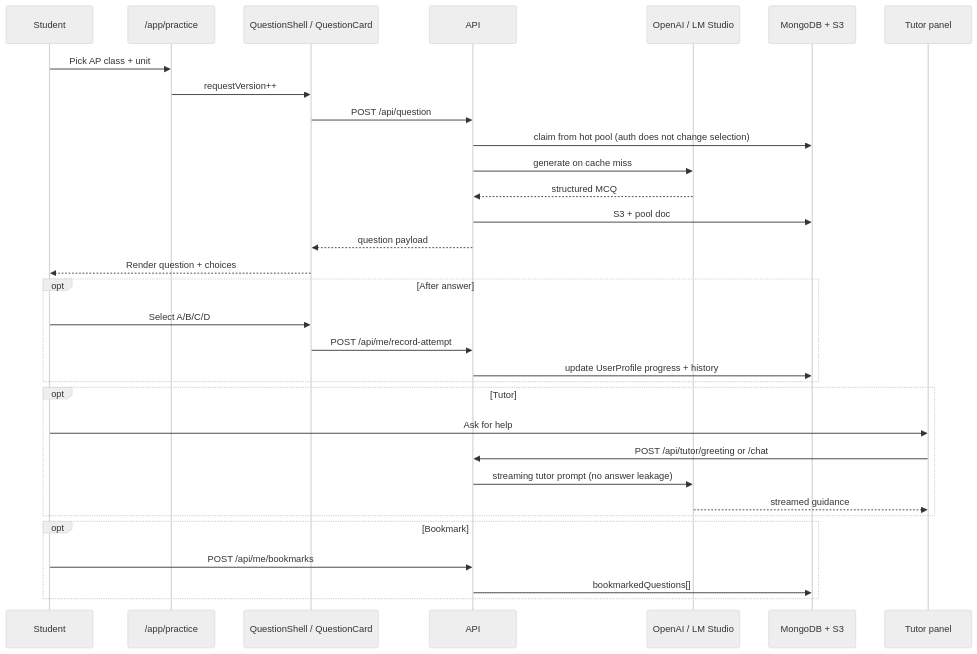
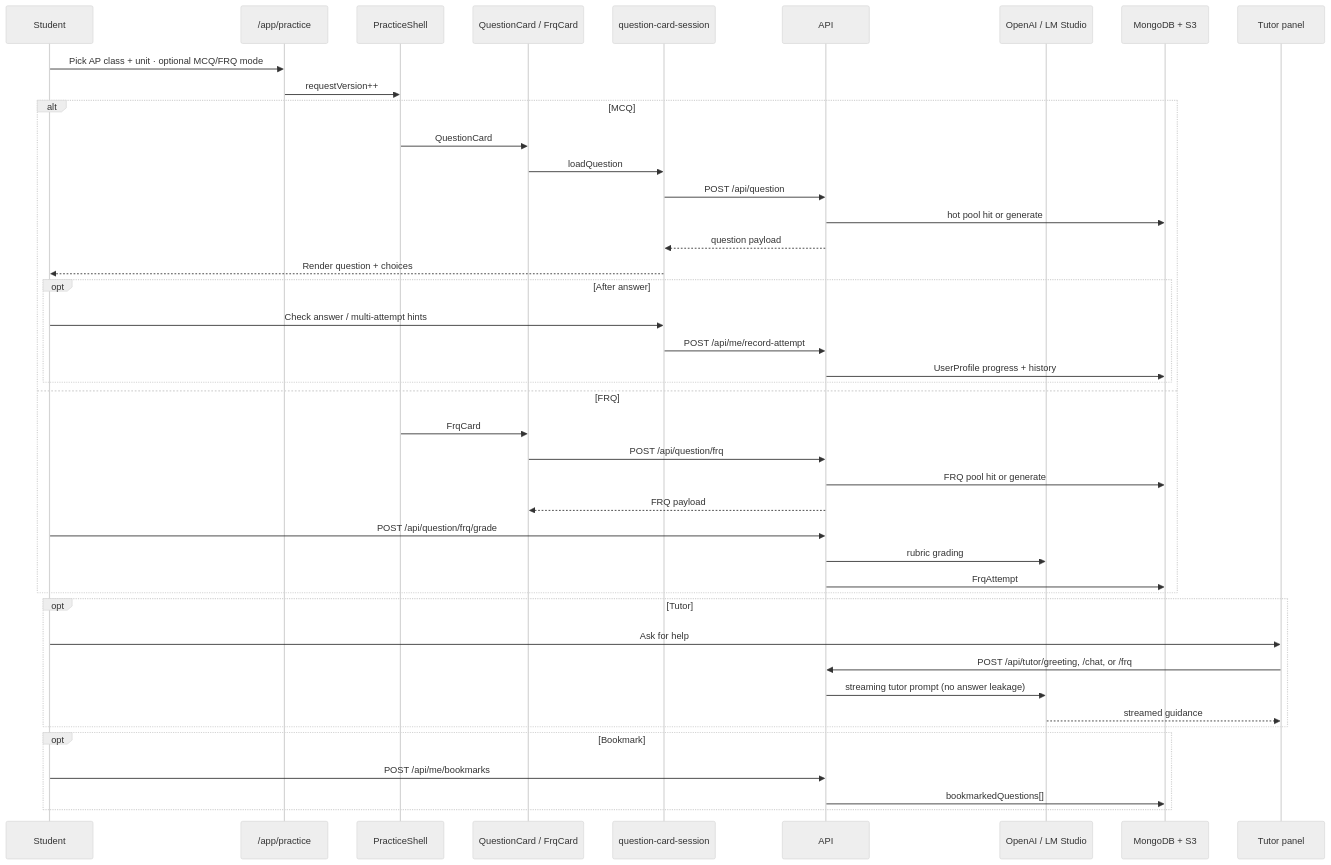
The sixth of 7 diagrams in docs/architecture.md (5cisummai/freeappractice), drawn with Mermaid (neutral theme) before and after one commit. The commit also changed other lines of this file, not shown here.

Commit message:
Update architecture docs for FRQ, PracticeShell, and lib cleanup.

````diff
--- a/docs/architecture.md
+++ b/docs/architecture.md
@@ -223,38 +248,48 @@
 ```mermaid
 sequenceDiagram
     participant U as Student
     participant App as /app/practice
-    participant QS as QuestionShell / QuestionCard
+    participant PS as PracticeShell
+    participant Card as QuestionCard / FrqCard
+    participant Sess as question-card-session
     participant API as API
     participant AI as OpenAI / LM Studio
     participant DB as MongoDB + S3
     participant Tutor as Tutor panel
 
-    U->>App: Pick AP class + unit
-    App->>QS: requestVersion++
-    QS->>API: POST /api/question
-    API->>DB: claim from hot pool (auth does not change selection)
-    API->>AI: generate on cache miss
-    AI-->>API: structured MCQ
-    API->>DB: S3 + pool doc
-    API-->>QS: question payload
-    QS-->>U: Render question + choices
-
-    opt After answer
-        U->>QS: Select A/B/C/D
-        QS->>API: POST /api/me/record-attempt
-        API->>DB: update UserProfile progress + history
+    U->>App: Pick AP class + unit · optional MCQ/FRQ mode
+    App->>PS: requestVersion++
+    alt MCQ
+        PS->>Card: QuestionCard
+        Card->>Sess: loadQuestion
+        Sess->>API: POST /api/question
+        API->>DB: hot pool hit or generate
+        API-->>Sess: question payload
+        Sess-->>U: Render question + choices
+        opt After answer
+            U->>Sess: Check answer / multi-attempt hints
+            Sess->>API: POST /api/me/record-attempt
+            API->>DB: UserProfile progress + history
+        end
+    else FRQ
+        PS->>Card: FrqCard
+        Card->>API: POST /api/question/frq
+        API->>DB: FRQ pool hit or generate
+        API-->>Card: FRQ payload
+        U->>API: POST /api/question/frq/grade
+        API->>AI: rubric grading
+        API->>DB: FrqAttempt
     end
 
     opt Tutor
         U->>Tutor: Ask for help
-        Tutor->>API: POST /api/tutor/greeting or /chat
+        Tutor->>API: POST /api/tutor/greeting, /chat, or /frq
         API->>AI: streaming tutor prompt (no answer leakage)
         AI-->>Tutor: streamed guidance
     end
 
     opt Bookmark
         U->>API: POST /api/me/bookmarks
         API->>DB: bookmarkedQuestions[]
     end
 ```
````
